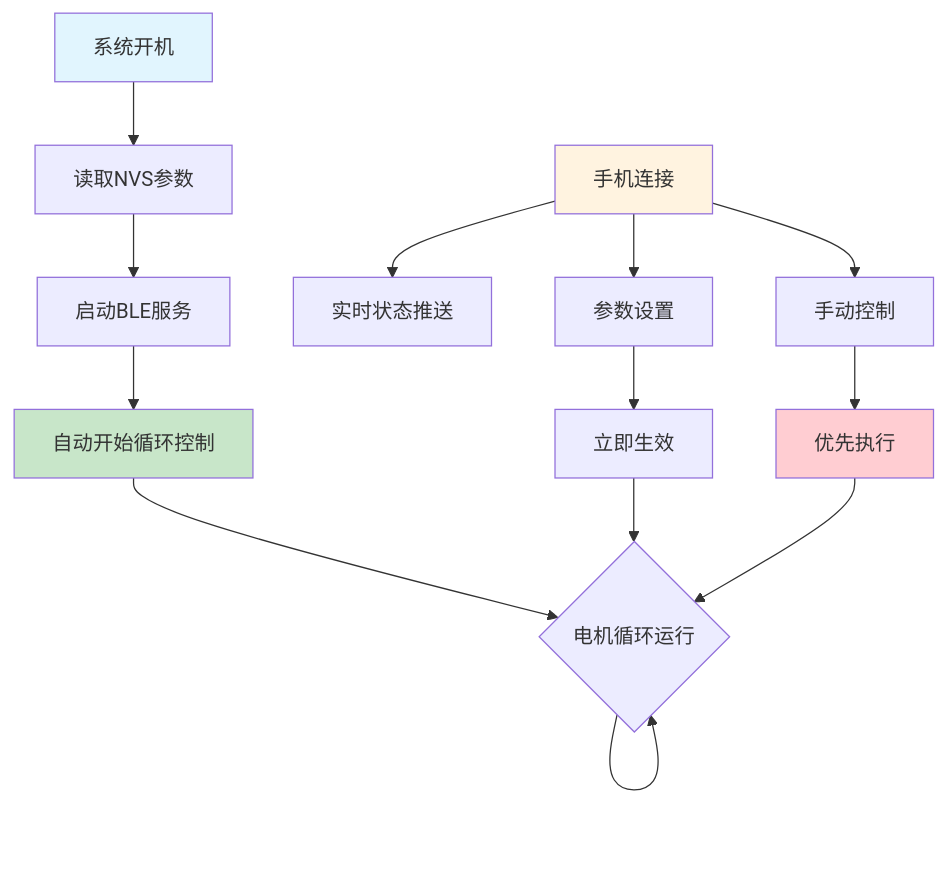
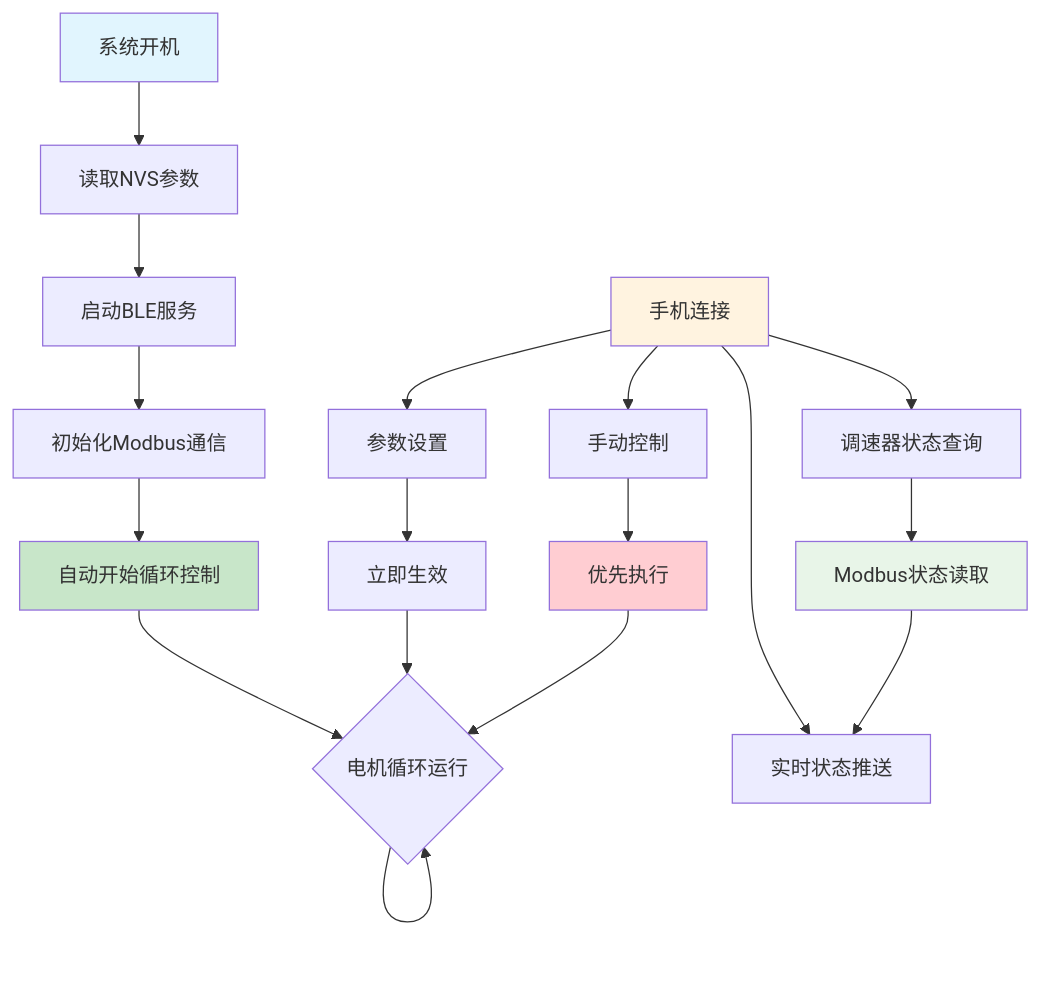
One commit to davidhoo/ESP32motor changed the second of 2 diagrams in requirements.md. Above: the diagram before and after it, drawn with Mermaid. The commit also changed other lines of this file and 19 other files, not shown here.

````diff
--- a/requirements.md
+++ b/requirements.md
@@ -121,23 +183,28 @@
 ```mermaid
 graph TD
     A[系统开机] --> B[读取NVS参数]
     B --> C[启动BLE服务]
-    C --> D[自动开始循环控制]
-    D --> E{电机循环运行}
+    C --> D[初始化Modbus通信]
+    D --> E[自动开始循环控制]
+    E --> F{电机循环运行}
     
-    F[手机连接] --> G[实时状态推送]
-    F --> H[参数设置]
-    F --> I[手动控制]
+    G[手机连接] --> H[实时状态推送]
+    G --> I[参数设置]
+    G --> J[手动控制]
+    G --> K[调速器状态查询]
     
-    H --> J[立即生效]
-    I --> K[优先执行]
+    I --> L[立即生效]
+    J --> M[优先执行]
+    K --> N[Modbus状态读取]
     
-    E --> E
-    J --> E
-    K --> E
+    F --> F
+    L --> F
+    M --> F
+    N --> H
     
     style A fill:#e1f5fe
-    style D fill:#c8e6c9
-    style F fill:#fff3e0
-    style K fill:#ffcdd2
+    style E fill:#c8e6c9
+    style G fill:#fff3e0
+    style M fill:#ffcdd2
+    style N fill:#e8f5e8
 ```
````
